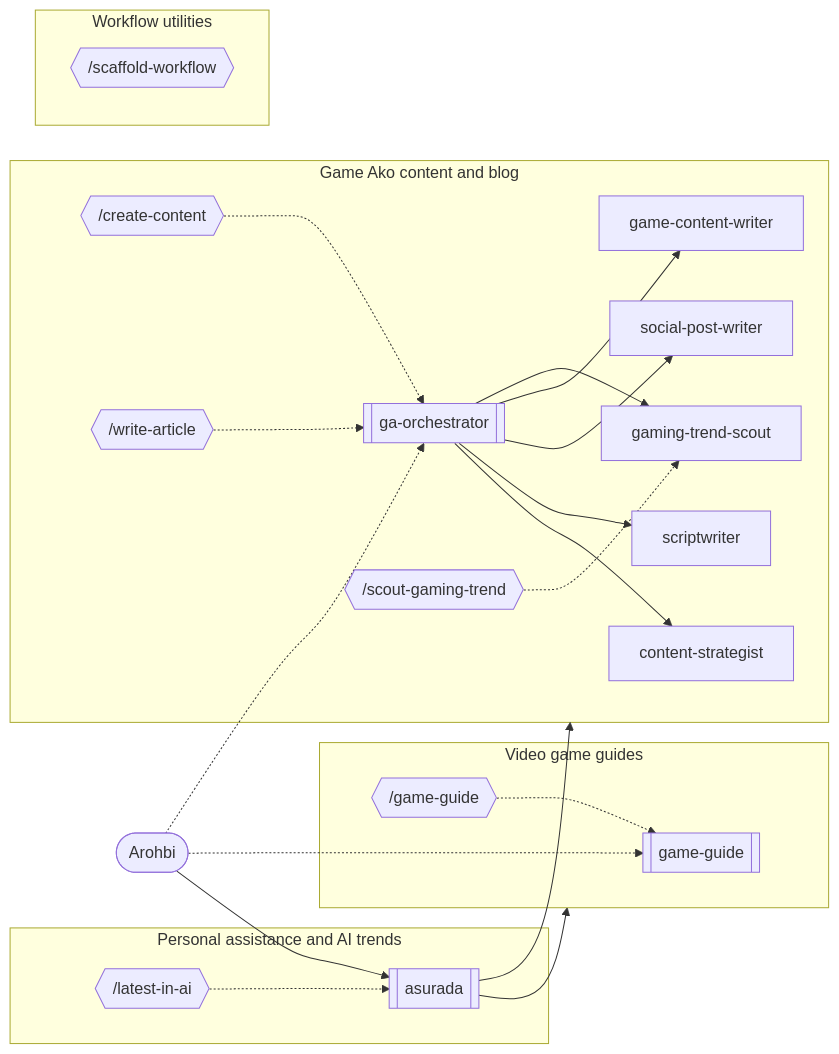
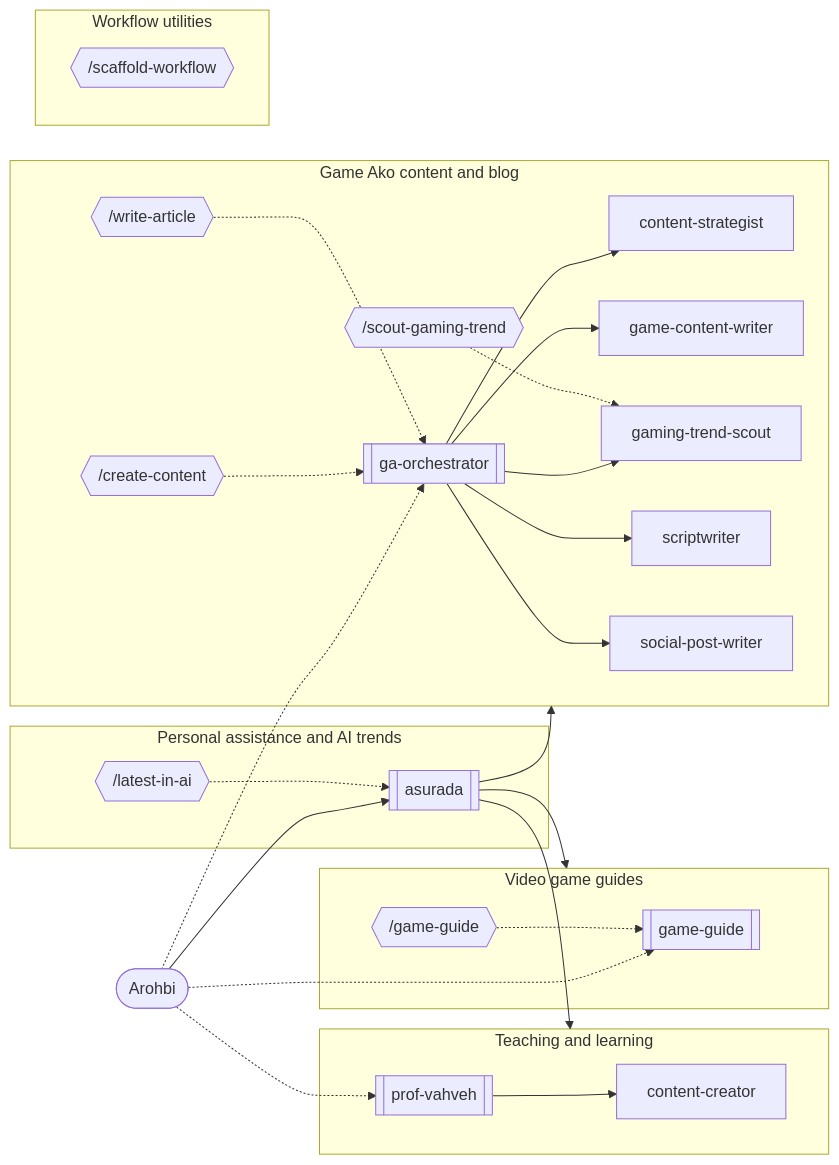
One commit to Game-Ako-Production/Personal-Agentic-Workflow changed the diagram in README.md. Above: the diagram before and after it, drawn with Mermaid. The commit also changed 43 other files, not shown here.

````diff
--- a/README.md
+++ b/README.md
@@ -20,41 +20,48 @@
 ```mermaid
 flowchart LR
   user([Arohbi])
   subgraph domain_personal["Personal assistance and AI trends"]
     asurada[[asurada]]
     cmd_latest_in_ai{{"/latest-in-ai"}}
+  end
+  subgraph domain_teaching["Teaching and learning"]
+    content_creator[content-creator]
+    prof_vahveh[[prof-vahveh]]
   end
   subgraph domain_game_guide["Video game guides"]
     game_guide[[game-guide]]
     cmd_game_guide{{"/game-guide"}}
   end
   subgraph domain_game_ako["Game Ako content and blog"]
     content_strategist[content-strategist]
     ga_orchestrator[[ga-orchestrator]]
     game_content_writer[game-content-writer]
     gaming_trend_scout[gaming-trend-scout]
     scriptwriter[scriptwriter]
     social_post_writer[social-post-writer]
     cmd_create_content{{"/create-content"}}
     cmd_scout_gaming_trend{{"/scout-gaming-trend"}}
     cmd_write_article{{"/write-article"}}
   end
   subgraph domain_utility["Workflow utilities"]
     cmd_scaffold_workflow{{"/scaffold-workflow"}}
   end
   user --> asurada
   user -.-> ga_orchestrator
   user -.-> game_guide
+  user -.-> prof_vahveh
+  asurada --> domain_teaching
   asurada --> domain_game_guide
   asurada --> domain_game_ako
   ga_orchestrator --> content_strategist
   ga_orchestrator --> scriptwriter
   ga_orchestrator --> social_post_writer
   ga_orchestrator --> game_content_writer
   ga_orchestrator --> gaming_trend_scout
+  prof_vahveh --> content_creator
   cmd_create_content -.-> ga_orchestrator
   cmd_game_guide -.-> game_guide
   cmd_latest_in_ai -.-> asurada
   cmd_scout_gaming_trend -.-> gaming_trend_scout
   cmd_write_article -.-> ga_orchestrator
 ```
````
